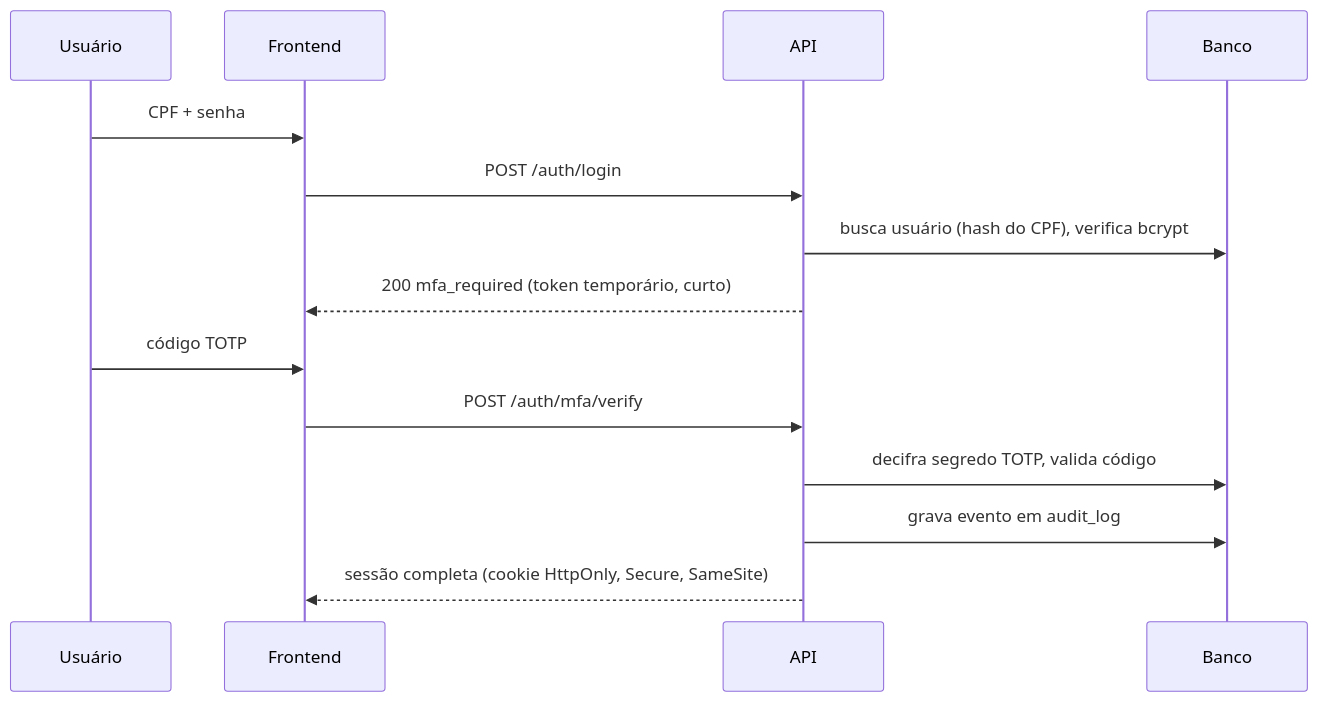
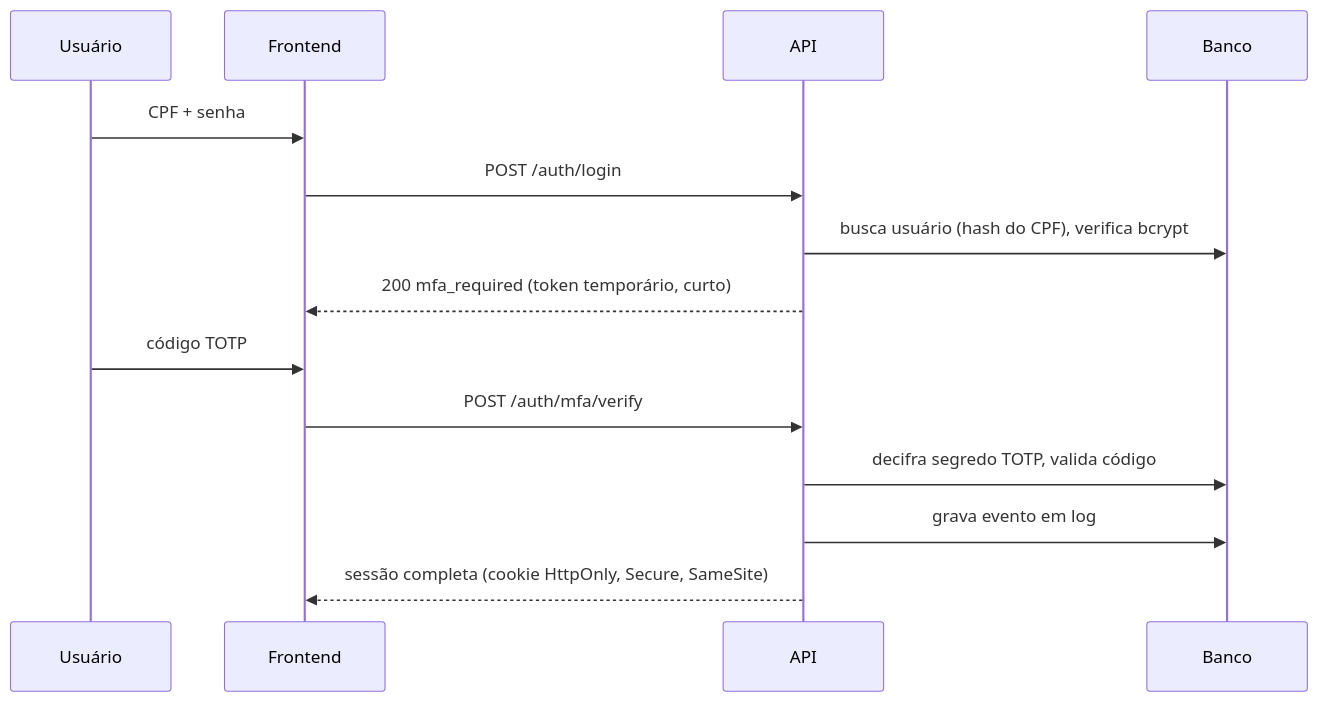
One commit to msrscs/p4_cybersec_saude changed the second of 2 diagrams in docs/ARCHITECTURE.md. Above: the diagram before and after it, drawn with Mermaid. The commit also changed other lines of this file and 3 other files, not shown here.

````diff
--- a/docs/ARCHITECTURE.md
+++ b/docs/ARCHITECTURE.md
@@ -52,16 +52,16 @@
 ```mermaid
 sequenceDiagram
     participant U as Usuário
     participant F as Frontend
     participant B as API
     participant D as Banco
     U->>F: CPF + senha
     F->>B: POST /auth/login
     B->>D: busca usuário (hash do CPF), verifica bcrypt
     B-->>F: 200 mfa_required (token temporário, curto)
     U->>F: código TOTP
     F->>B: POST /auth/mfa/verify
     B->>D: decifra segredo TOTP, valida código
-    B->>D: grava evento em audit_log
+    B->>D: grava evento em log
     B-->>F: sessão completa (cookie HttpOnly, Secure, SameSite)
 ```
````
